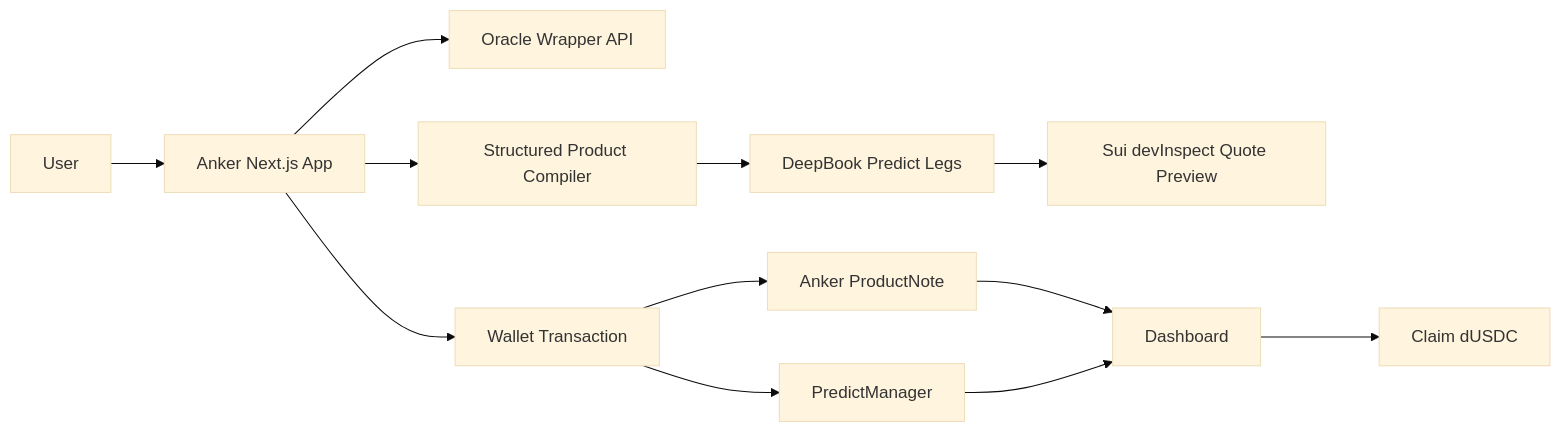
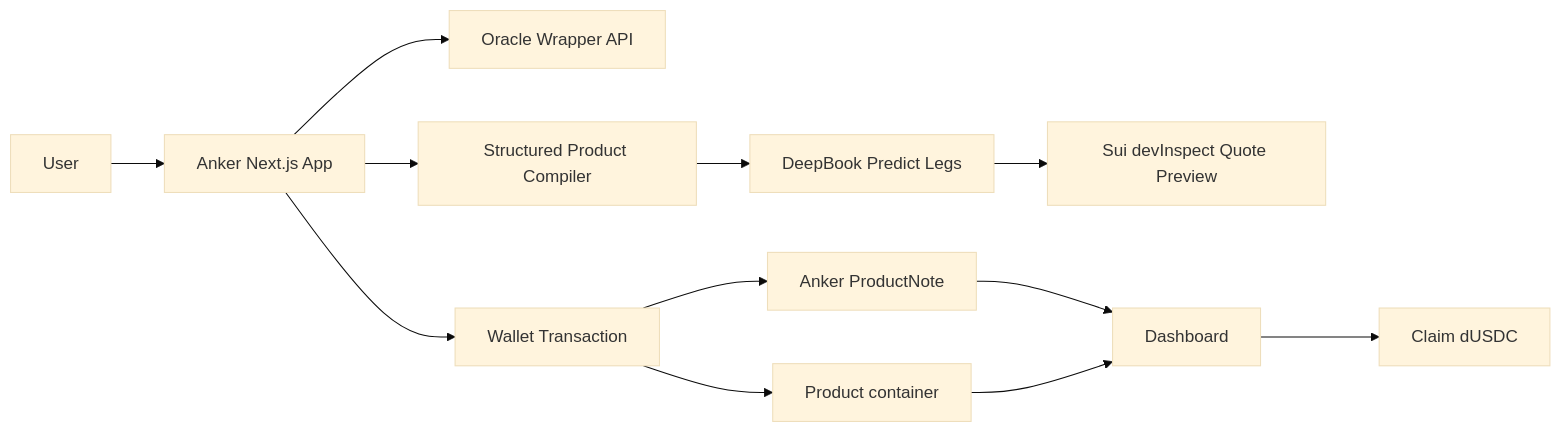
One commit to cl-fi/AnkerProtocol changed the diagram in README.md. Above: the diagram before and after it, drawn with Mermaid (base theme). The commit also changed other lines of this file and 101 other files, not shown here.

````diff
--- a/README.md
+++ b/README.md
@@ -189,14 +193,14 @@
 ```mermaid
 flowchart LR
   A["User"] --> B["Anker Next.js App"]
   B --> C["Oracle Wrapper API"]
   B --> D["Structured Product Compiler"]
   D --> E["DeepBook Predict Legs"]
   E --> F["Sui devInspect Quote Preview"]
   B --> G["Wallet Transaction"]
-  G --> H["PredictManager"]
+  G --> H["Product container"]
   G --> I["Anker ProductNote"]
   I --> J["Dashboard"]
   H --> J
   J --> K["Claim dUSDC"]
 ```
````
